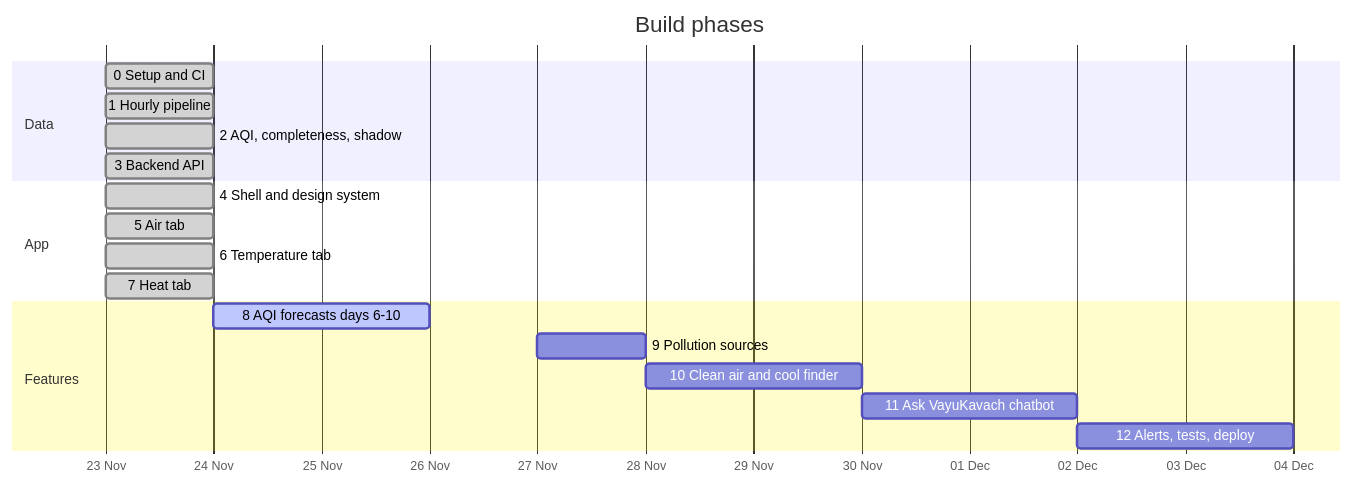
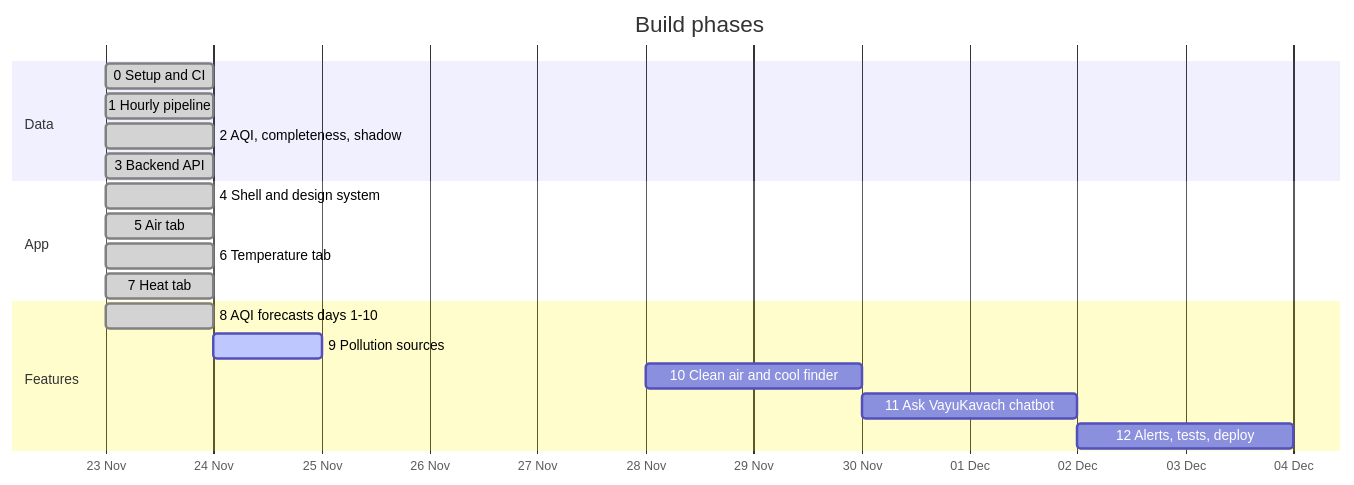
The seventh of 7 diagrams in README.md (tanaygit0530/Vayukavach), drawn with Mermaid before and after one commit. The commit also changed other lines of this file and 28 other files, not shown here.

Commit message:
Phase 8: AQI forecasts (history backfill, corrected CAMS days 1-5, quantile outlook days 6-10, 12-month rolling backtest, nightly gated retrain, served 10-day chart)

````diff
--- a/README.md
+++ b/README.md
@@ -300,22 +324,22 @@
 ```mermaid
 gantt
   title Build phases
   dateFormat YYYY-MM-DD
   axisFormat %d %b
   section Data
   0 Setup and CI                 :done, 2026-11-23, 1d
   1 Hourly pipeline              :done, 2026-11-23, 1d
   2 AQI, completeness, shadow    :done, 2026-11-23, 1d
   3 Backend API                  :done, 2026-11-23, 1d
   section App
   4 Shell and design system      :done, 2026-11-23, 1d
   5 Air tab                      :done, 2026-11-23, 1d
   6 Temperature tab              :done, 2026-11-23, 1d
   7 Heat tab                     :done, 2026-11-23, 1d
   section Features
-  8 AQI forecasts days 6-10      :active, 2026-11-24, 2d
-  9 Pollution sources            :2026-11-27, 1d
+  8 AQI forecasts days 1-10      :done, 2026-11-23, 1d
+  9 Pollution sources            :active, 2026-11-24, 1d
   10 Clean air and cool finder   :2026-11-28, 2d
   11 Ask VayuKavach chatbot      :2026-11-30, 2d
   12 Alerts, tests, deploy       :2026-12-02, 2d
 ```
````
